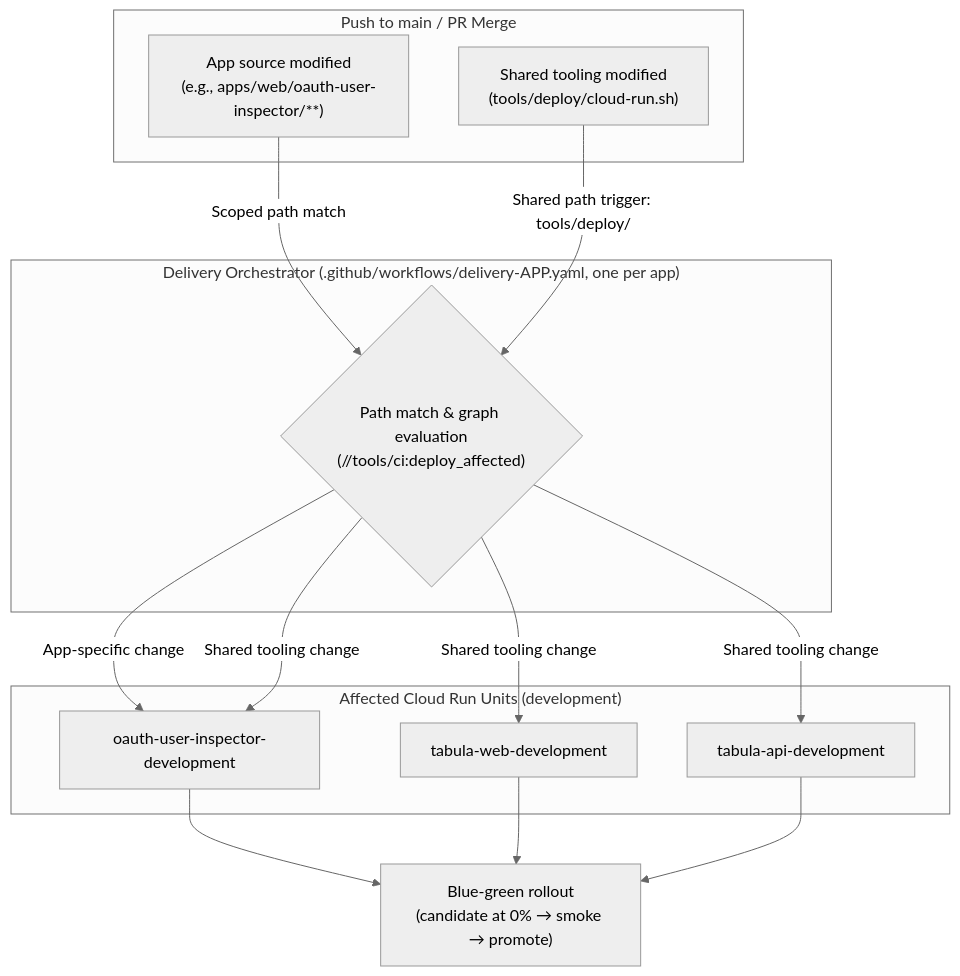
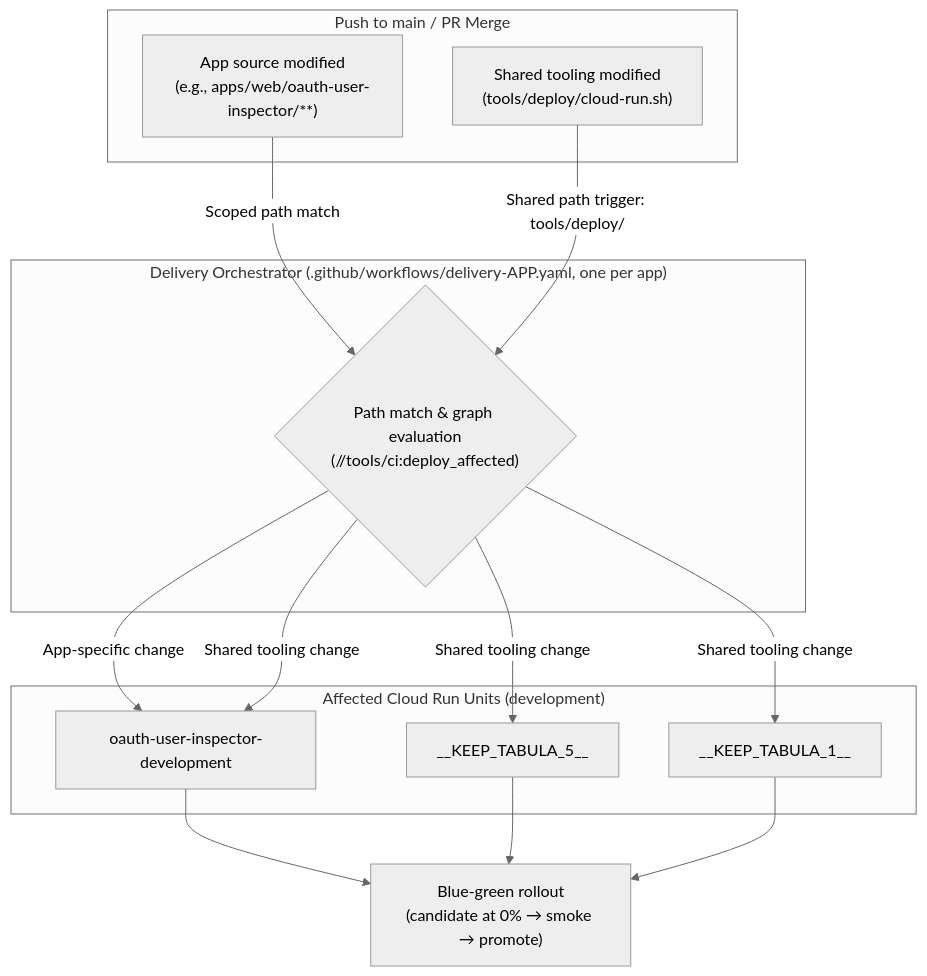
The fourth of 5 diagrams in docs/concepts/sdlc.md (VitruvianSoftware/vitruvian-core), drawn with Mermaid (neutral theme) before and after one commit. The commit also changed other lines of this file and 1127 other files, not shown here.

````diff
--- a/docs/concepts/sdlc.md
+++ b/docs/concepts/sdlc.md
@@ -117,27 +117,27 @@
 ```mermaid
 flowchart TD
     subgraph Triggers["Push to main / PR Merge"]
         APP_SRC["App source modified<br/>(e.g., apps/web/oauth-user-inspector/**)"]
         SHARED_TOOL["Shared tooling modified<br/>(tools/deploy/cloud-run.sh)"]
     end
 
     subgraph Orchestrator["Delivery Orchestrator (.github/workflows/delivery-APP.yaml, one per app)"]
         EVAL{"Path match & graph evaluation<br/>(//tools/ci:deploy_affected)"}
     end
 
     subgraph Units["Affected Cloud Run Units (development)"]
         OAUTH["oauth-user-inspector-development"]
-        TAB_WEB["tabula-web-development"]
-        TAB_API["tabula-api-development"]
+        TAB_WEB["__KEEP_TABULA_5__"]
+        TAB_API["__KEEP_TABULA_1__"]
     end
 
     APP_SRC -->|Scoped path match| EVAL
     SHARED_TOOL -->|Shared path trigger: tools/deploy/| EVAL
 
     EVAL -->|App-specific change| OAUTH
     EVAL -->|Shared tooling change| OAUTH & TAB_WEB & TAB_API
 
     OAUTH --> BLUEGREEN["Blue-green rollout<br/>(candidate at 0% → smoke → promote)"]
     TAB_WEB --> BLUEGREEN
     TAB_API --> BLUEGREEN
 ```
````
